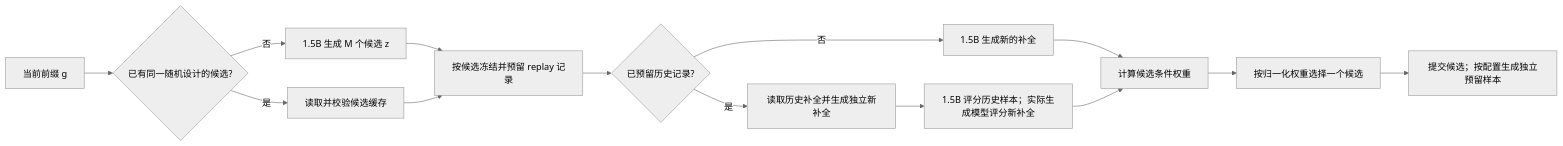
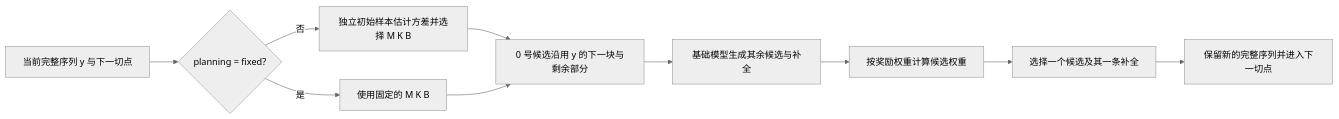
Before and after one commit to xchang1121/inference_scaling: the second of 2 diagrams in docs/methods/ALGORITHMS.md, drawn with Mermaid (neutral theme). The commit also changed other lines of this file and 245 other files, not shown here.

````diff
--- a/docs/methods/ALGORITHMS.md
+++ b/docs/methods/ALGORITHMS.md
@@ -189,16 +197,12 @@
 ```mermaid
 flowchart LR
-    A[当前前缀 g] --> B{已有同一随机设计的候选?}
-    B -- 否 --> C[1.5B 生成 M 个候选 z]
-    B -- 是 --> D[读取并校验候选缓存]
-    C --> E[按候选冻结并预留 replay 记录]
+    A[当前完整序列 y 与下一切点] --> B{planning = fixed?}
+    B -- 是 --> D[使用固定的 M K B]
+    B -- 否 --> C[独立初始样本估计方差并选择 M K B]
+    C --> E[0 号候选沿用 y 的下一块与剩余部分]
     D --> E
-    E --> F{已预留历史记录?}
-    F -- 否 --> G[1.5B 生成新的补全]
-    F -- 是 --> H[读取历史补全并生成独立新补全]
-    H --> I[1.5B 评分历史样本；实际生成模型评分新补全]
-    G --> J[计算候选条件权重]
-    I --> J
-    J --> K[按归一化权重选择一个候选]
-    K --> L[提交候选；按配置生成独立预留样本]
+    E --> F[基础模型生成其余候选与补全]
+    F --> G[按奖励权重计算候选权重]
+    G --> H[选择一个候选及其一条补全]
+    H --> I[保留新的完整序列并进入下一切点]
 ```
````
